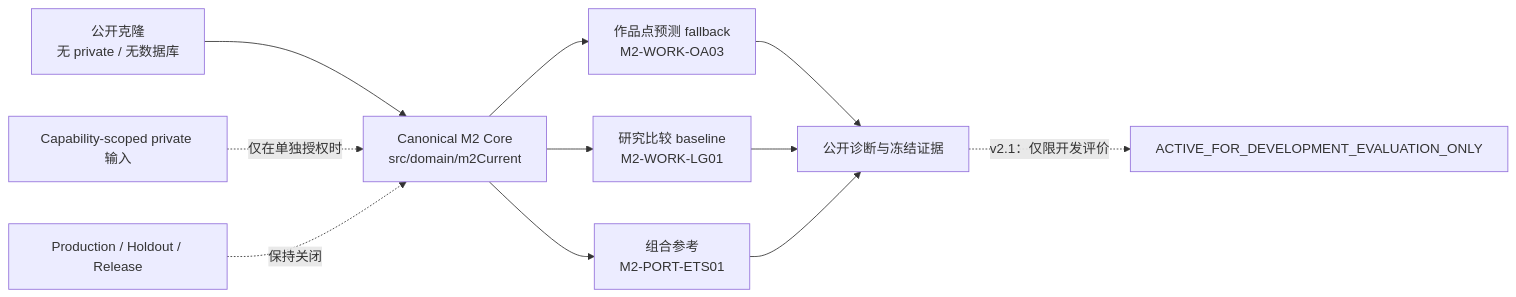
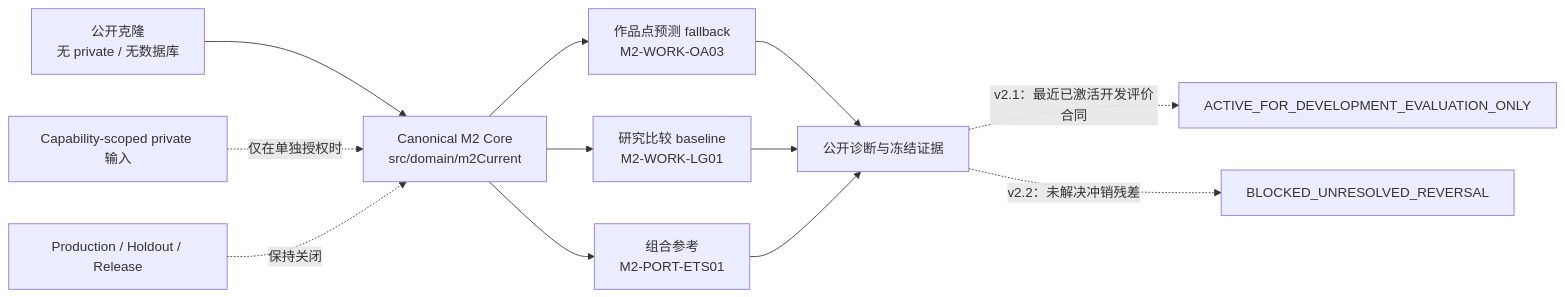
Before and after one commit to KAtOReNA7/system: the diagram in README.md, drawn with Mermaid. The commit also changed other lines of this file and 11 other files, not shown here.

Commit message:
record blocked M2 evaluation v2.2 governance

````diff
--- a/README.md
+++ b/README.md
@@ -51,13 +52,14 @@
 ```mermaid
 flowchart LR
     A["公开克隆<br/>无 private / 无数据库"] --> B["Canonical M2 Core<br/>src/domain/m2Current"]
     B --> C["作品点预测 fallback<br/>M2-WORK-OA03"]
     B --> D["研究比较 baseline<br/>M2-WORK-LG01"]
     B --> E["组合参考<br/>M2-PORT-ETS01"]
     C --> F["公开诊断与冻结证据"]
     D --> F
     E --> F
-    F -. "v2.1：仅限开发评价" .-> G["ACTIVE_FOR_DEVELOPMENT_EVALUATION_ONLY"]
+    F -. "v2.1：最近已激活开发评价合同" .-> G["ACTIVE_FOR_DEVELOPMENT_EVALUATION_ONLY"]
+    F -. "v2.2：未解决冲销残差" .-> J["BLOCKED_UNRESOLVED_REVERSAL"]
     H["Capability-scoped private 输入"] -. "仅在单独授权时" .-> B
     I["Production / Holdout / Release"] -. "保持关闭" .-> B
 ```
````
